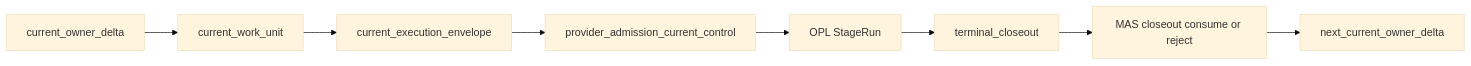
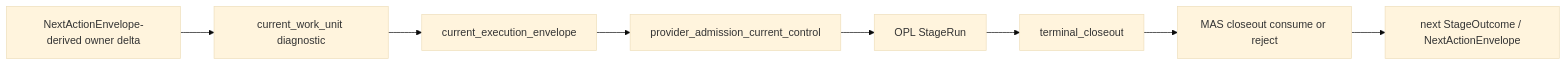
Before and after one commit to gaofeng21cn/med-autoscience: the first of 2 diagrams in docs/runtime/contracts/stage_route_contract.md, drawn with Mermaid (base theme). The commit also changed other lines of this file and 23 other files, not shown here.

Commit message:
Retire legacy next-action read surface fallbacks

````diff
--- a/docs/runtime/contracts/stage_route_contract.md
+++ b/docs/runtime/contracts/stage_route_contract.md
@@ -18,10 +18,10 @@
 ```mermaid
 flowchart LR
-  A["current_owner_delta"] --> B["current_work_unit"]
+  A["NextActionEnvelope-derived owner delta"] --> B["current_work_unit diagnostic"]
   B --> C["current_execution_envelope"]
   C --> D["provider_admission_current_control"]
   D --> E["OPL StageRun"]
   E --> F["terminal_closeout"]
   F --> G["MAS closeout consume or reject"]
-  G --> H["next_current_owner_delta"]
+  G --> H["next StageOutcome / NextActionEnvelope"]
 ```
````
